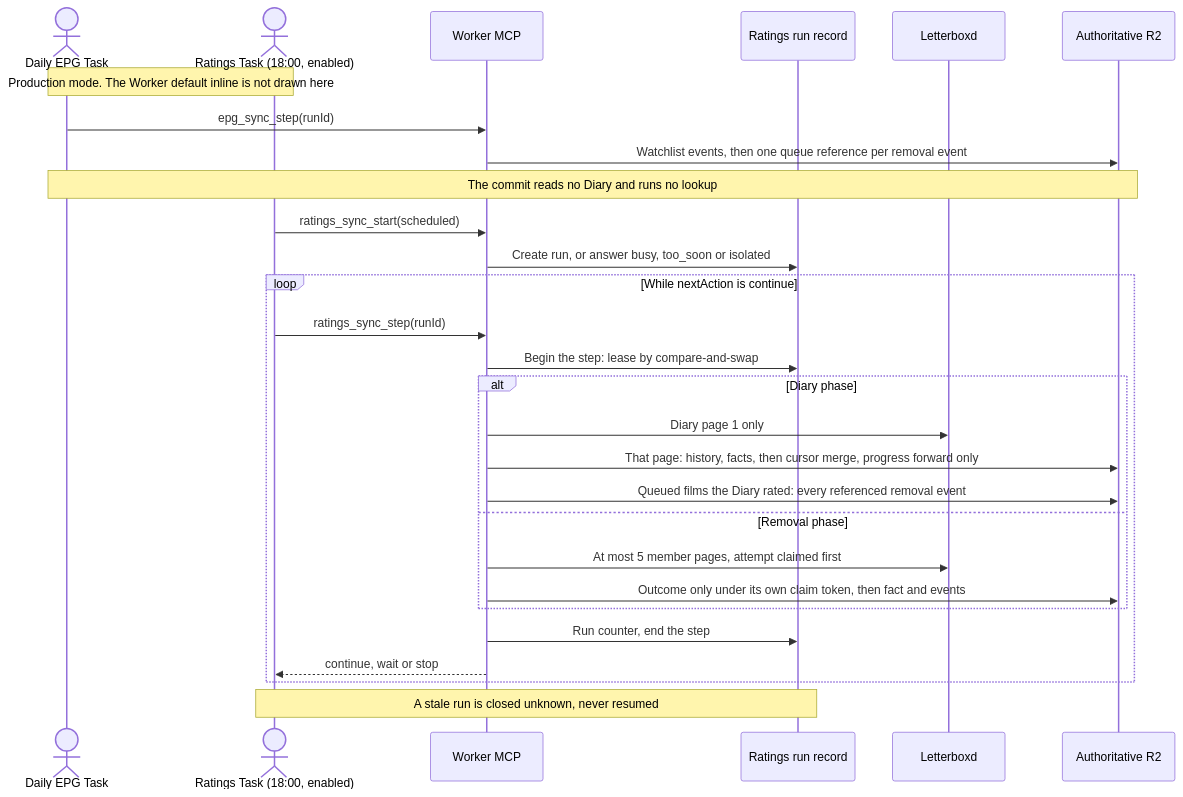
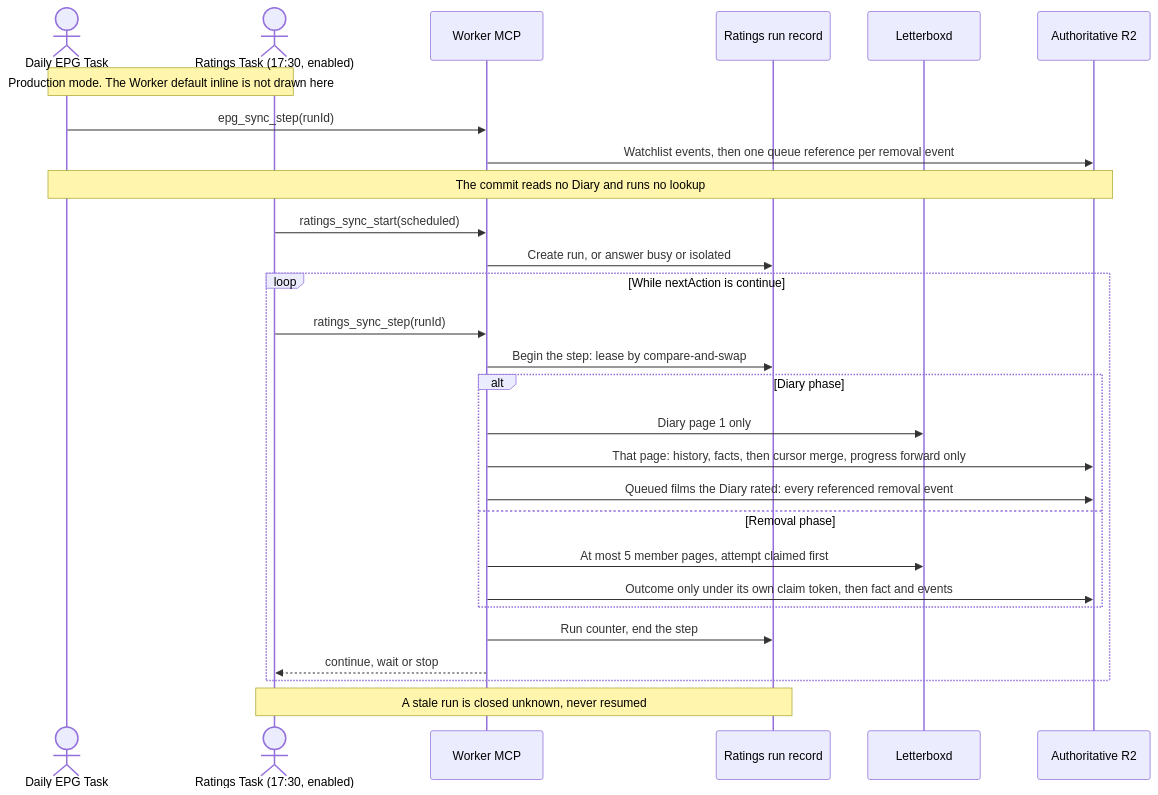
One commit to vladimino/iptv-watchlist changed the second of 3 diagrams in docs/architecture/scheduling-and-orchestration.md. Above: the diagram before and after it, drawn with Mermaid. The commit also changed other lines of this file and 12 other files, not shown here.

````diff
--- a/docs/architecture/scheduling-and-orchestration.md
+++ b/docs/architecture/scheduling-and-orchestration.md
@@ -105,30 +105,30 @@
 ```mermaid
 sequenceDiagram
     actor Daily as Daily EPG Task
-    actor Ratings as Ratings Task (18:00, enabled)
+    actor Ratings as Ratings Task (17:30, enabled)
     Note over Daily,Ratings: Production mode. The Worker default inline is not drawn here
     participant MCP as Worker MCP
     participant Run as Ratings run record
     participant LB as Letterboxd
     participant R2 as Authoritative R2
     Daily->>MCP: epg_sync_step(runId)
     MCP->>R2: Watchlist events, then one queue reference per removal event
     Note over Daily,R2: The commit reads no Diary and runs no lookup
     Ratings->>MCP: ratings_sync_start(scheduled)
-    MCP->>Run: Create run, or answer busy, too_soon or isolated
+    MCP->>Run: Create run, or answer busy or isolated
     loop While nextAction is continue
         Ratings->>MCP: ratings_sync_step(runId)
         MCP->>Run: Begin the step: lease by compare-and-swap
         alt Diary phase
             MCP->>LB: Diary page 1 only
             MCP->>R2: That page: history, facts, then cursor merge, progress forward only
             MCP->>R2: Queued films the Diary rated: every referenced removal event
         else Removal phase
             MCP->>LB: At most 5 member pages, attempt claimed first
             MCP->>R2: Outcome only under its own claim token, then fact and events
         end
         MCP->>Run: Run counter, end the step
         MCP-->>Ratings: continue, wait or stop
     end
     Note over Ratings,Run: A stale run is closed unknown, never resumed
 ```
````
